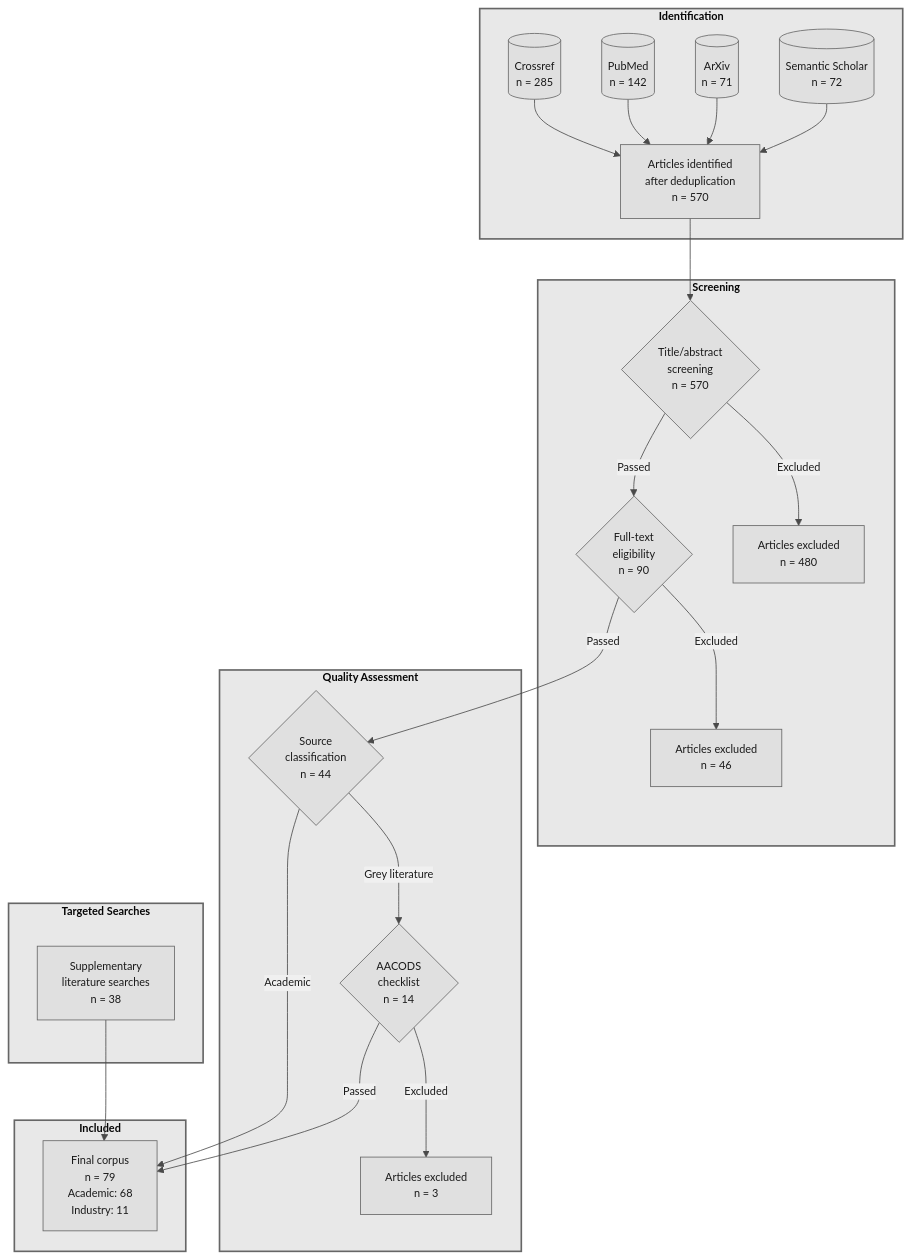
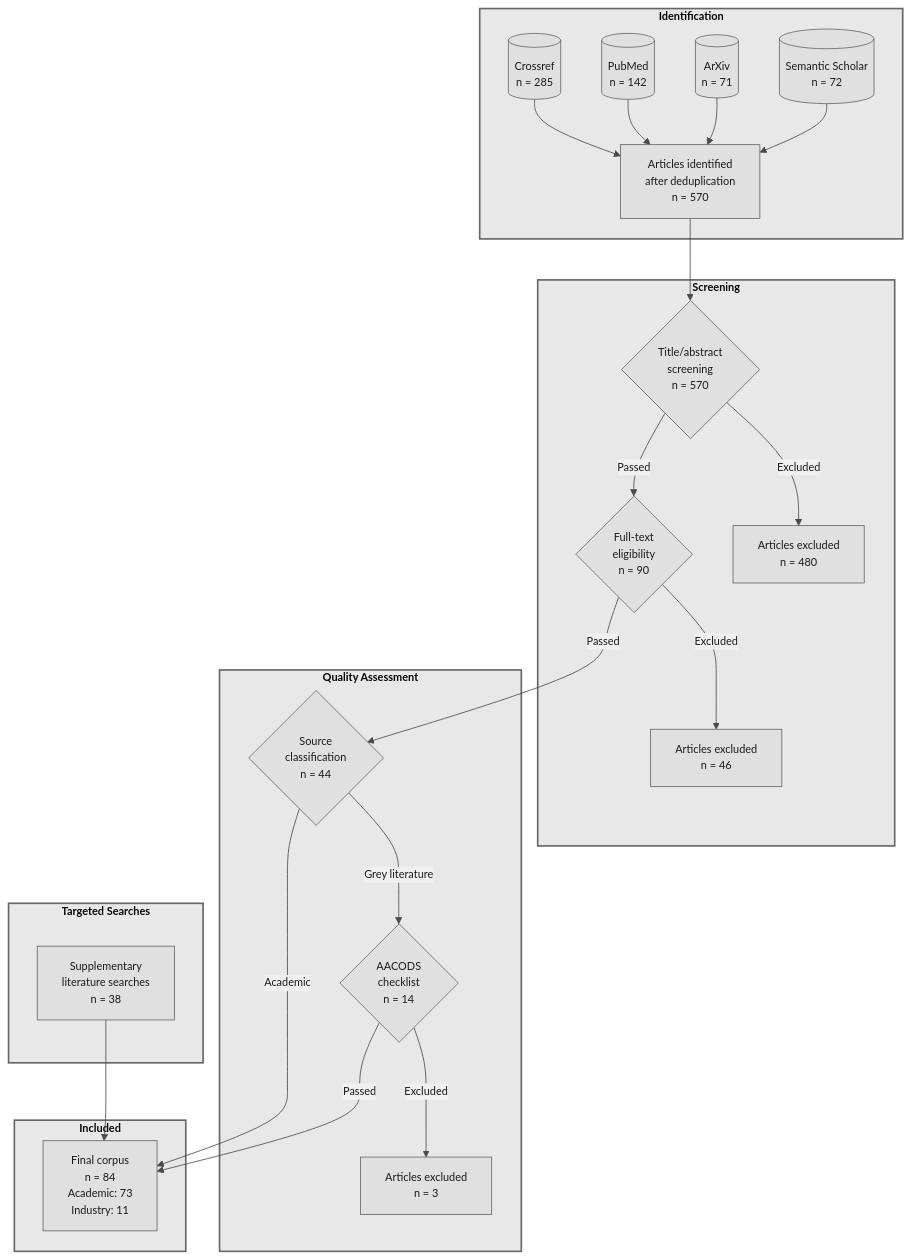
The diagram in figures/literature-flow.mmd (stharrold/yuimedi-paper-20250901), drawn with Mermaid before and after one commit. The commit also changed 11 other files, not shown here.

First line of the commit message:
docs(paper): update citation counts to 84 total (73 academic, 11 industry)

```diff
--- a/figures/literature-flow.mmd
+++ b/figures/literature-flow.mmd
@@ -1,44 +1,44 @@
 %%{init: {'theme': 'base', 'flowchart': {'useMaxWidth': false, 'markdownAutoWrap': false}, 'themeVariables': { 'primaryColor': '#e0e0e0', 'primaryTextColor': '#1a1a1a', 'primaryBorderColor': '#666', 'lineColor': '#4a4a4a', 'secondaryColor': '#f0f0f0', 'tertiaryColor': '#fafafa', 'fontFamily': 'Arial, sans-serif', 'fontSize': '10pt'}}}%%
 flowchart TD
     %% PRISMA 2020 Flow Diagram for Literature Selection
     %% Aligned with lit_review academic-literature-review workflow
     %% Total: 570 identified + 38 targeted → 79 included
     %% Note: Generate PNG via mermaid.live for proper font rendering
 
     subgraph ID["<b>Identification</b>"]
         A1[("Crossref<br/>n = 285")] --> A
         A2[("PubMed<br/>n = 142")] --> A
         A3[("ArXiv<br/>n = 71")] --> A
         A4[("Semantic Scholar<br/>n = 72")] --> A
         A["Articles identified<br/>after deduplication<br/>n = 570"]
     end
 
     subgraph SC["<b>Screening</b>"]
         A --> D{"Title/abstract<br/>screening<br/>n = 570"}
         D -->|"Excluded"| E["Articles excluded<br/>n = 480"]
         D -->|"Passed"| H{"Full-text<br/>eligibility<br/>n = 90"}
         H -->|"Excluded"| I["Articles excluded<br/>n = 46"]
     end
 
     subgraph QA["<b>Quality Assessment</b>"]
         H -->|"Passed"| J{"Source<br/>classification<br/>n = 44"}
         J -->|"Grey literature"| L{"AACODS<br/>checklist<br/>n = 14"}
         L -->|"Excluded"| N["Articles excluded<br/>n = 3"]
     end
 
     subgraph TS["<b>Targeted Searches</b>"]
         T1["Supplementary<br/>literature searches<br/>n = 38"]
     end
 
     subgraph IN["<b>Included</b>"]
-        J -->|"Academic"| O["Final corpus<br/>n = 79<br/>Academic: 68<br/>Industry: 11"]
+        J -->|"Academic"| O["Final corpus<br/>n = 84<br/>Academic: 73<br/>Industry: 11"]
         L -->|"Passed"| O
         T1 --> O
     end
 
     %% Styling - Grayscale
     style ID fill:#e8e8e8,stroke:#666,stroke-width:2px
     style SC fill:#e8e8e8,stroke:#666,stroke-width:2px
     style QA fill:#e8e8e8,stroke:#666,stroke-width:2px
     style TS fill:#e8e8e8,stroke:#666,stroke-width:2px
     style IN fill:#e8e8e8,stroke:#666,stroke-width:2px
```
